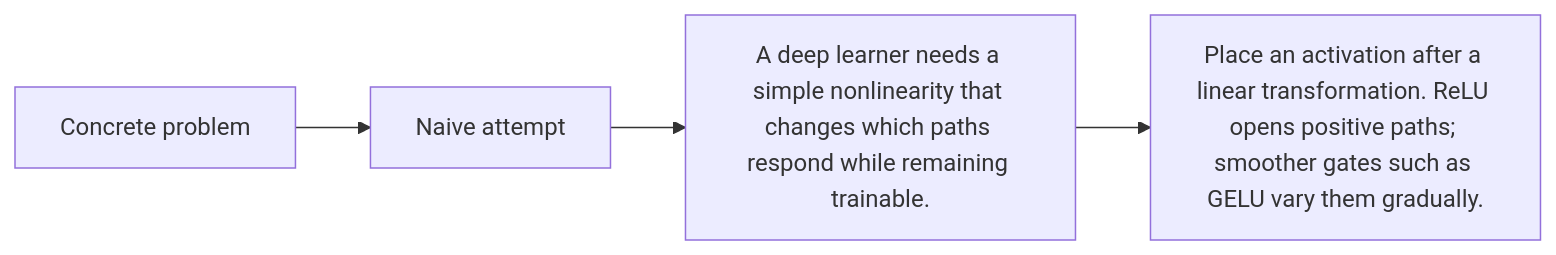
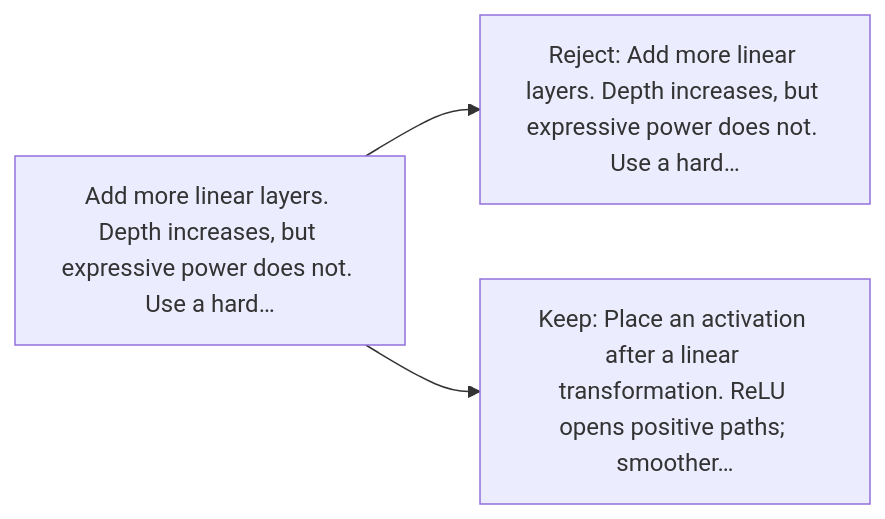
The diagram in excavations/030-activation-functions/diagram.md (kleem-labs/AI-Archaeology), drawn with Mermaid before and after one commit. The commit also changed other lines of this file and 288 other files, not shown here.

````diff
--- a/excavations/030-activation-functions/diagram.md
+++ b/excavations/030-activation-functions/diagram.md
@@ -3,4 +5,5 @@
-~~~mermaid
+```mermaid
 flowchart LR
- A["Concrete problem"] --> B["Naive attempt"] --> C["A deep learner needs a simple nonlinearity that changes which paths respond while remaining trainable."] --> D["Place an activation after a linear transformation. ReLU opens positive paths; smoother gates such as GELU vary them gradually."]
-~~~
+    B["Add more linear layers. Depth increases, but expressive power does not. Use a hard…"] --> A["Reject: Add more linear layers. Depth increases, but expressive power does not. Use a hard…"]
+    B --> C["Keep: Place an activation after a linear transformation. ReLU opens positive paths; smoother…"]
+```
````
